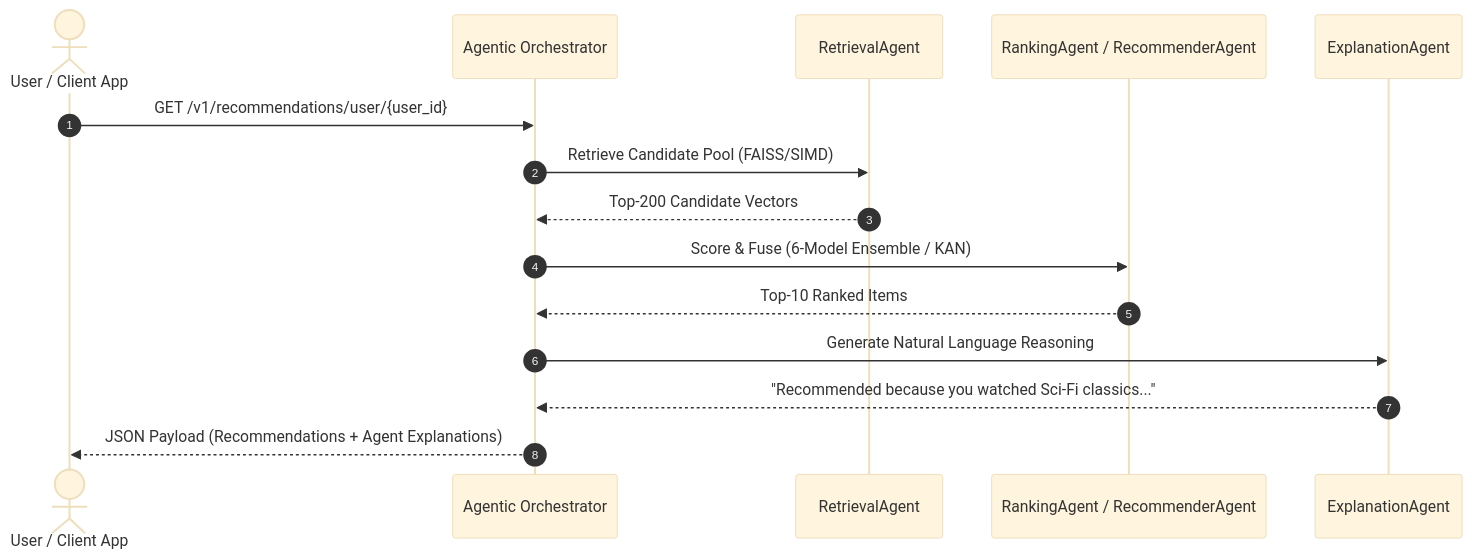
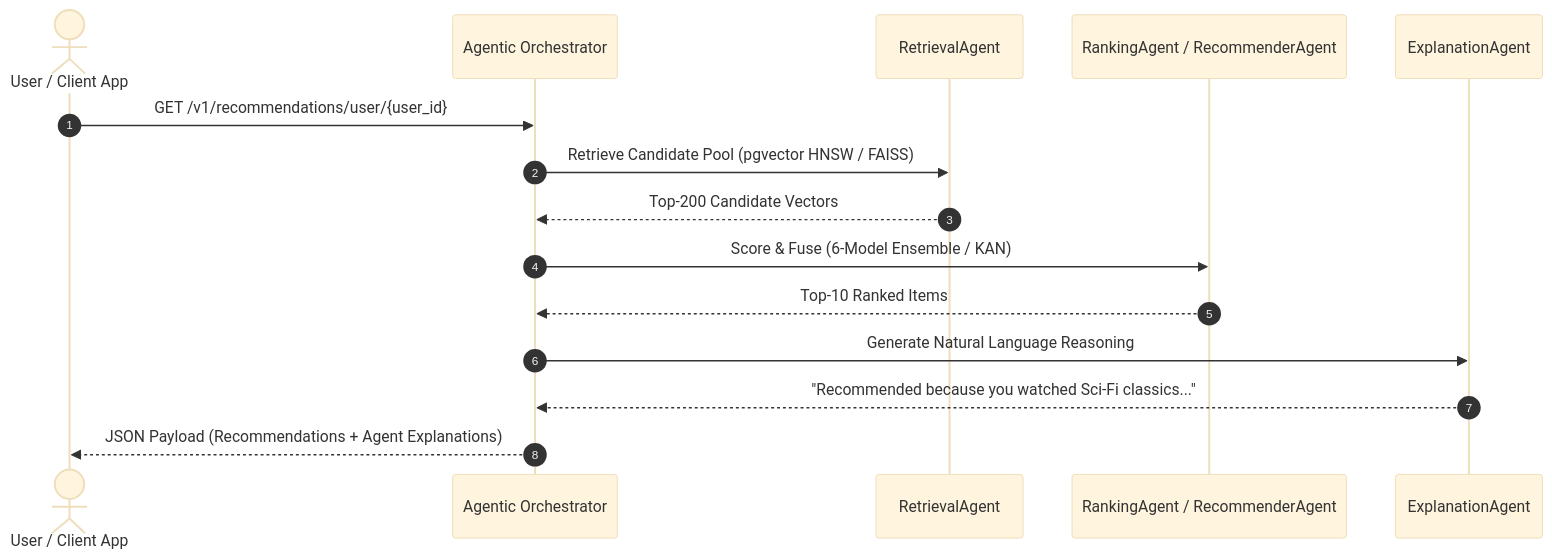
Before and after one commit to pavan-badempet/Movie-Recommendation-System: the diagram in README.md, drawn with Mermaid (base theme). The commit also changed other lines of this file, not shown here.

Commit message:
docs: update README with full AI Recommendation System architecture, 21M+ scale, Databricks Medallion pipelines, and Neon vector sharding

````diff
--- a/README.md
+++ b/README.md
@@ -210,18 +219,18 @@
 ```mermaid
 sequenceDiagram
     autonumber
     actor User as User / Client App
     participant Orchestrator as Agentic Orchestrator
     participant Retrieval as RetrievalAgent
     participant Ranking as RankingAgent / RecommenderAgent
     participant Explainer as ExplanationAgent
 
     User->>Orchestrator: GET /v1/recommendations/user/{user_id}
-    Orchestrator->>Retrieval: Retrieve Candidate Pool (FAISS/SIMD)
+    Orchestrator->>Retrieval: Retrieve Candidate Pool (pgvector HNSW / FAISS)
     Retrieval-->>Orchestrator: Top-200 Candidate Vectors
     Orchestrator->>Ranking: Score & Fuse (6-Model Ensemble / KAN)
     Ranking-->>Orchestrator: Top-10 Ranked Items
     Orchestrator->>Explainer: Generate Natural Language Reasoning
     Explainer-->>Orchestrator: "Recommended because you watched Sci-Fi classics..."
     Orchestrator-->>User: JSON Payload (Recommendations + Agent Explanations)
 ```
````
